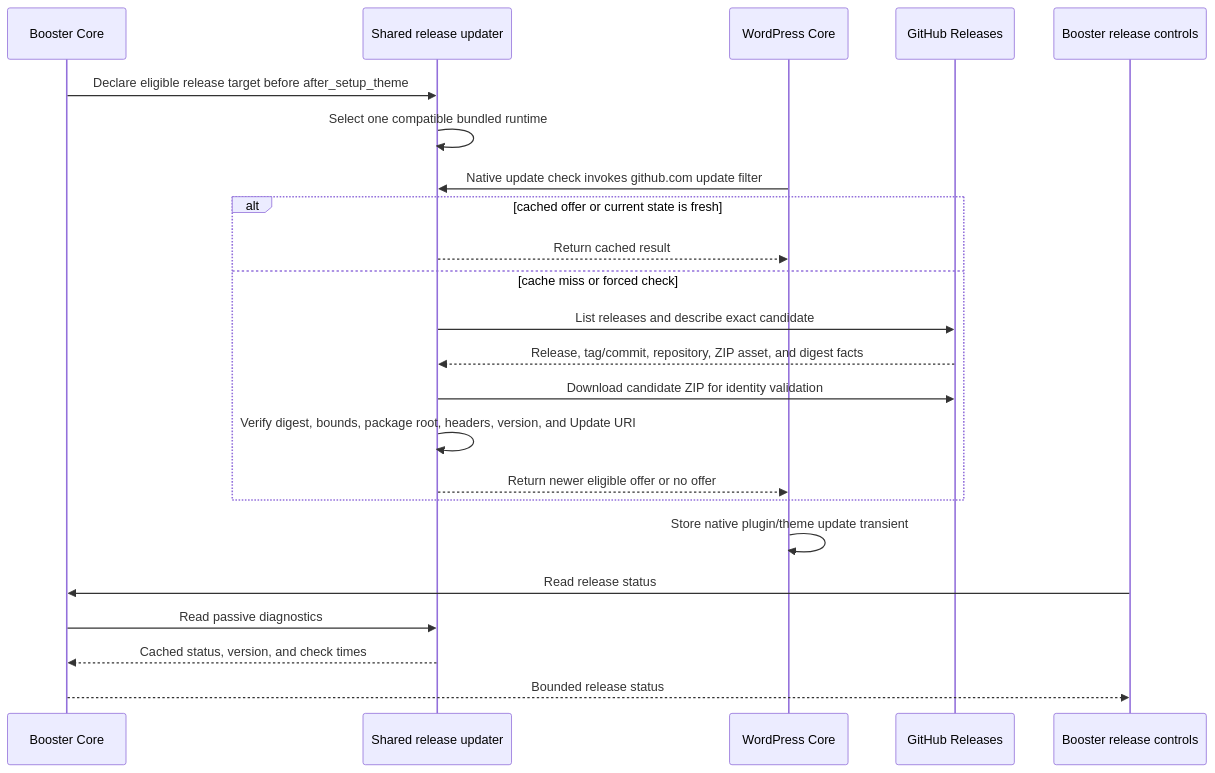
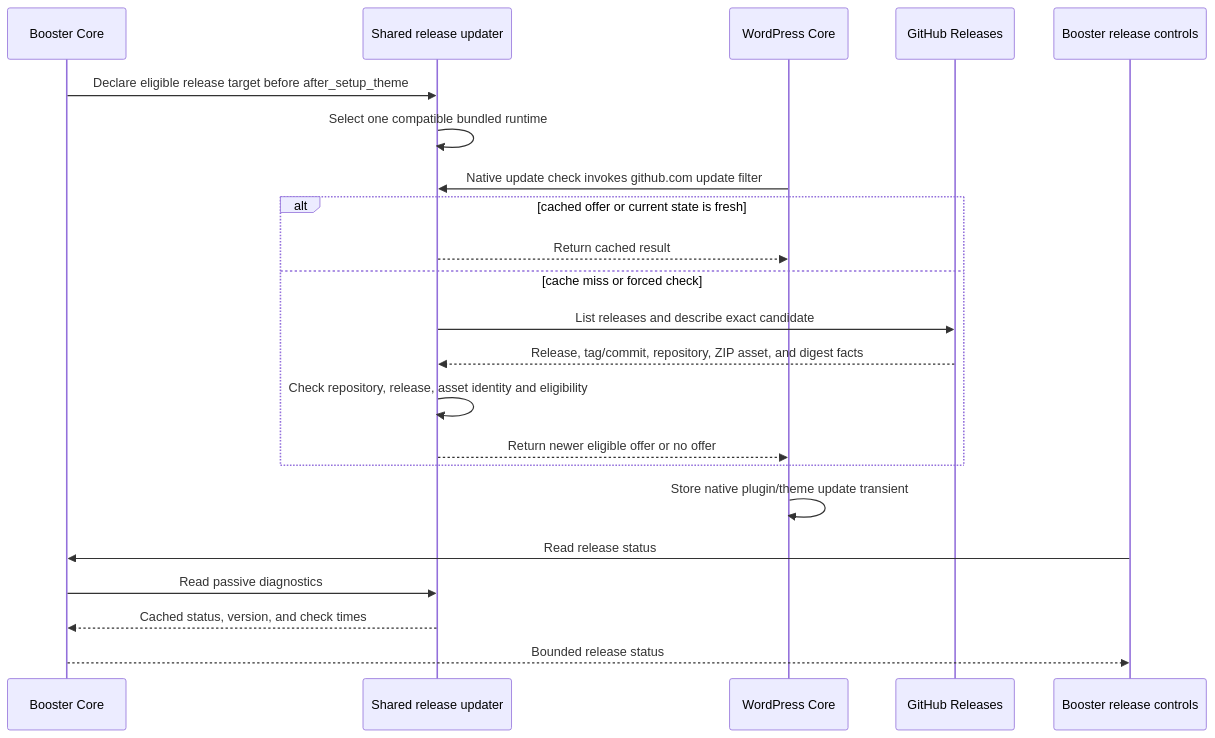
Before and after one commit to RocketsAreNostalgic/ran-booster: the first of 3 diagrams in docs/package-update-orchestration.md, drawn with Mermaid. The commit also changed other lines of this file and 20 other files, not shown here.

````diff
--- a/docs/package-update-orchestration.md
+++ b/docs/package-update-orchestration.md
@@ -423,26 +417,25 @@
 ```mermaid
 sequenceDiagram
     participant B as Booster Core
     participant U as Shared release updater
     participant W as WordPress Core
     participant G as GitHub Releases
     participant A as Booster release controls
 
     B->>U: Declare eligible release target before after_setup_theme
     U->>U: Select one compatible bundled runtime
     W->>U: Native update check invokes github.com update filter
     alt cached offer or current state is fresh
         U-->>W: Return cached result
     else cache miss or forced check
         U->>G: List releases and describe exact candidate
         G-->>U: Release, tag/commit, repository, ZIP asset, and digest facts
-        U->>G: Download candidate ZIP for identity validation
-        U->>U: Verify digest, bounds, package root, headers, version, and Update URI
+        U->>U: Check repository, release, asset identity and eligibility
         U-->>W: Return newer eligible offer or no offer
     end
     W->>W: Store native plugin/theme update transient
     A->>B: Read release status
     B->>U: Read passive diagnostics
     U-->>B: Cached status, version, and check times
     B-->>A: Bounded release status
 ```
````
